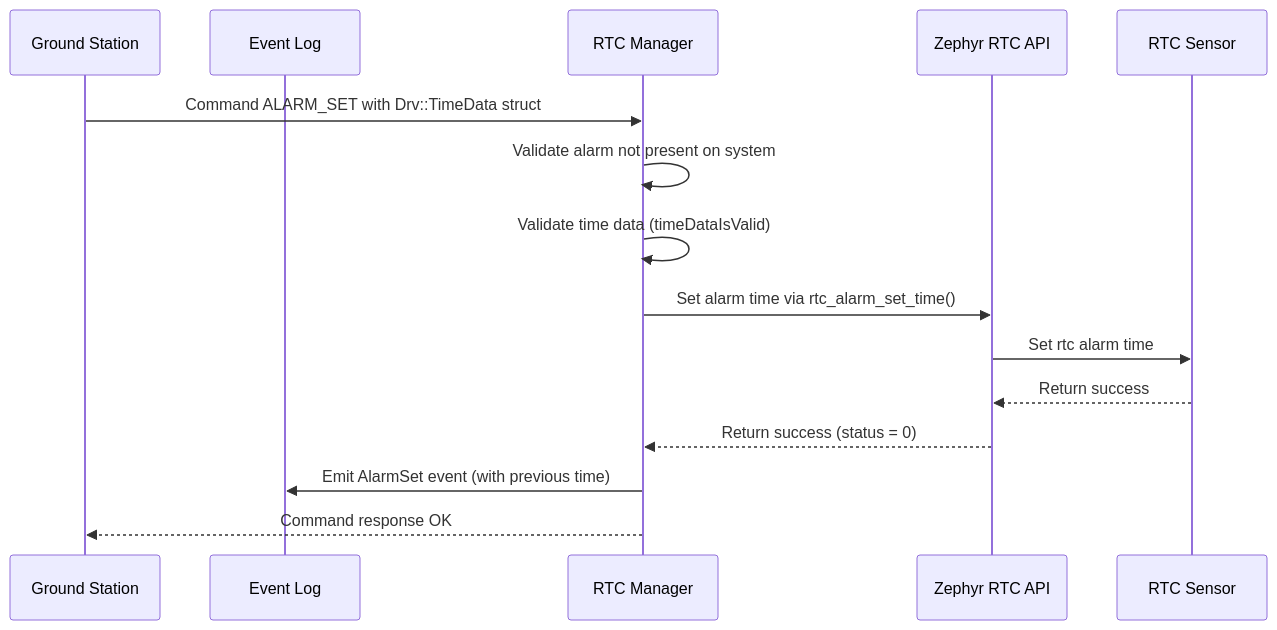
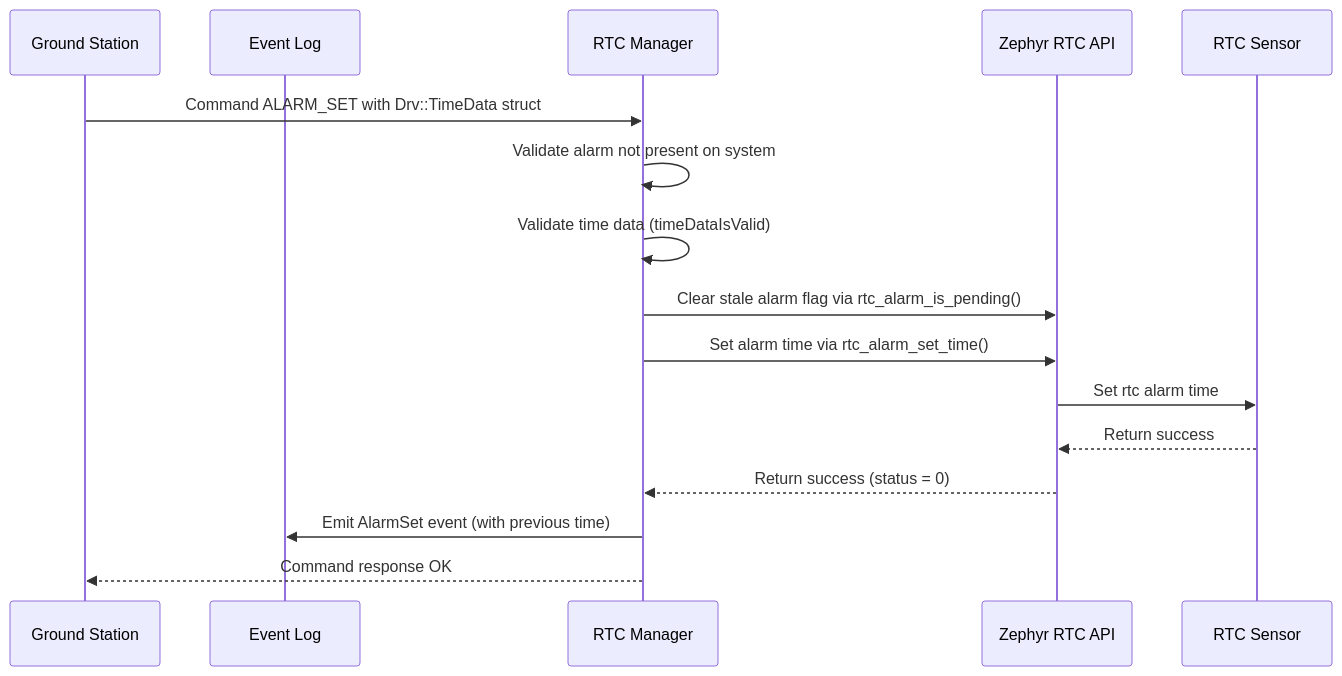
The tenth of 17 diagrams in docs-site/components/RtcManager.md (Open-Source-Space-Foundation/proves-core-reference), drawn with Mermaid before and after one commit. The commit also changed other lines of this file and 5 other files, not shown here.

Commit message:
fix(rtc): alarm interrupt path (#524)

````diff
--- a/docs-site/components/RtcManager.md
+++ b/docs-site/components/RtcManager.md
@@ -366,18 +392,19 @@
 ```mermaid
 sequenceDiagram
     participant Ground Station
     participant Event Log
     participant RTC Manager
     participant Zephyr RTC API
     participant RTC Sensor
 
     Ground Station->>RTC Manager: Command ALARM_SET with Drv::TimeData struct
     RTC Manager->>RTC Manager: Validate alarm not present on system
     RTC Manager->>RTC Manager: Validate time data (timeDataIsValid)
+    RTC Manager->>Zephyr RTC API: Clear stale alarm flag via rtc_alarm_is_pending()
     RTC Manager->>Zephyr RTC API: Set alarm time via rtc_alarm_set_time()
     Zephyr RTC API->>RTC Sensor: Set rtc alarm time
     RTC Sensor-->>Zephyr RTC API: Return success
     Zephyr RTC API-->>RTC Manager: Return success (status = 0)
     RTC Manager->>Event Log: Emit AlarmSet event (with previous time)
     RTC Manager-->>Ground Station: Command response OK
 ```
````
